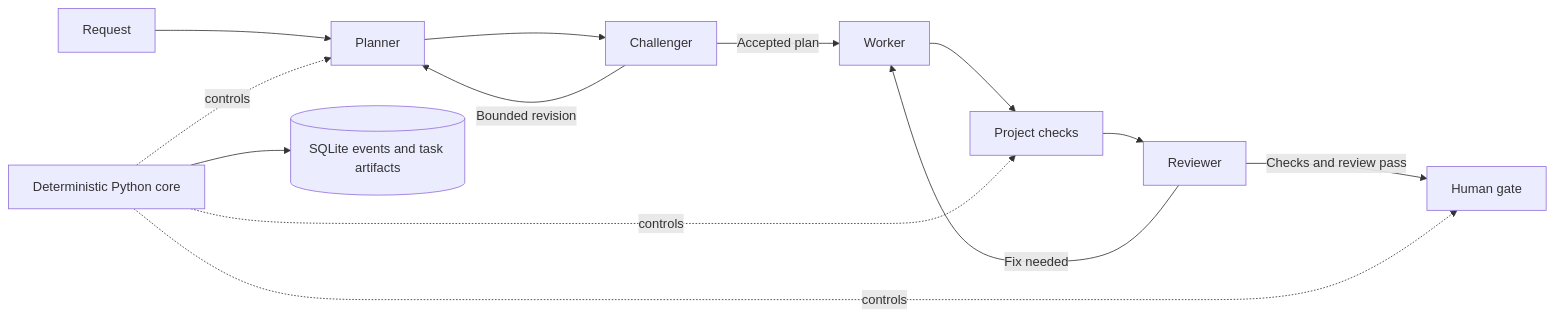
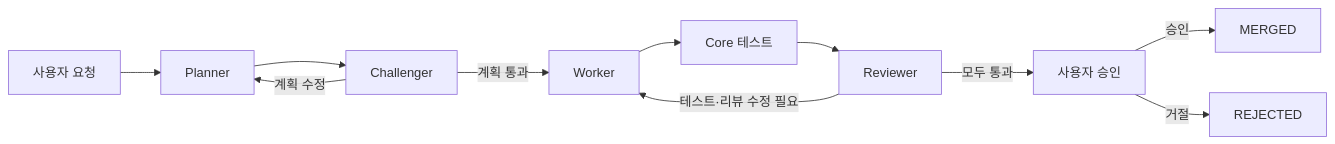
One commit to hyeonjunni/maru-orchestrator changed the diagram in README.md. Above: the diagram before and after it, drawn with Mermaid. The commit also changed other lines of this file and 8 other files, not shown here.

````diff
--- a/README.md
+++ b/README.md
@@ -34,15 +24,13 @@
 ```mermaid
 flowchart LR
-    U[Request] --> P[Planner]
+    U[사용자 요청] --> P[Planner]
     P --> C[Challenger]
-    C -->|Accepted plan| W[Worker]
-    C -->|Bounded revision| P
-    W --> T[Project checks]
+    C -->|계획 수정| P
+    C -->|계획 통과| W[Worker]
+    W --> T[Core 테스트]
     T --> R[Reviewer]
-    R -->|Fix needed| W
-    R -->|Checks and review pass| H[Human gate]
-    K[Deterministic Python core] -. controls .-> P
-    K -. controls .-> T
-    K -. controls .-> H
-    K --> S[(SQLite events and task artifacts)]
+    R -->|테스트·리뷰 수정 필요| W
+    R -->|모두 통과| H[사용자 승인]
+    H -->|승인| D[MERGED]
+    H -->|거절| X[REJECTED]
 ```
````
